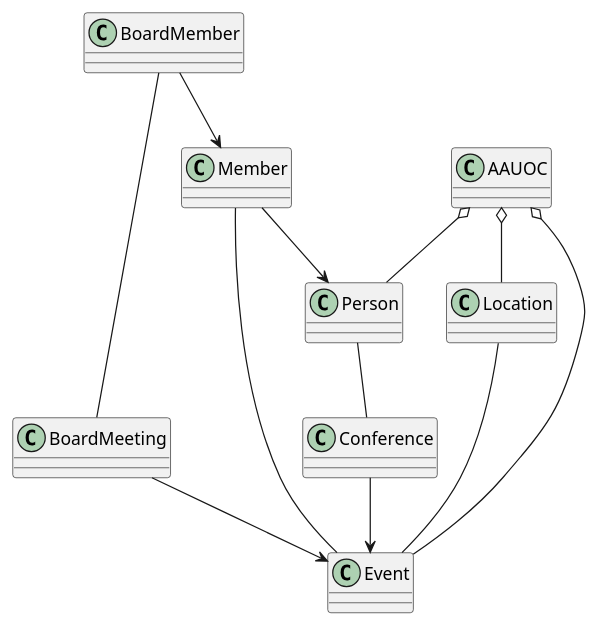
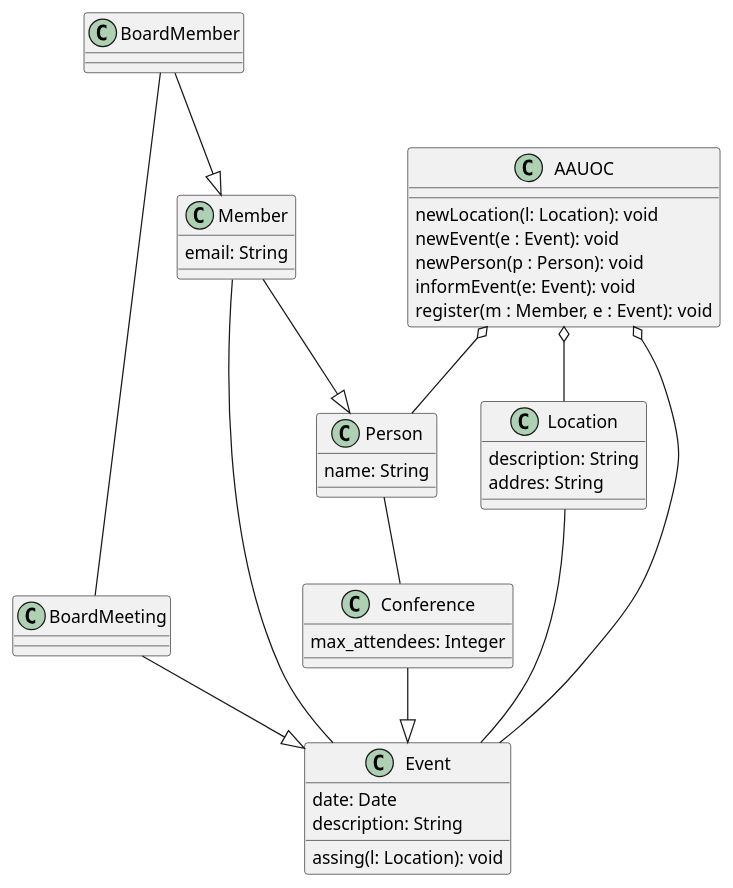
The diagram in src/UMLDiagram.puml (riekk/UMLClassChristianTM), drawn with PlantUML before and after one commit.

Commit message:
Correct Extends form and Fields and methods added to diagram

```diff
--- a/src/UMLDiagram.puml
+++ b/src/UMLDiagram.puml
@@ -1,41 +1,54 @@
 @startuml
 
 class Person {
+{field}name: String
 }
 
 class Member {
+{field}email: String
 }
 
 class BoardMember {
 }
 
 class Event {
+{field}date: Date
+{field}description: String
+{method}assing(l: Location): void
 }
 
 class Conference {
+{field}max_attendees: Integer
 }
 
 class BoardMeeting {
 }
 
 class Location {
+{field}description: String
+{field}addres: String
 }
 
 class AAUOC {
+{method}newLocation(l: Location): void
+{method}newEvent(e : Event): void
+{method}newPerson(p : Person): void
+{method}informEvent(e: Event): void
+{method}register(m : Member, e : Event): void
 }
 
- Member --> Person
- BoardMember --> Member
+ Member --|> Person
+ BoardMember --|> Member
 
- Conference --> Event
- BoardMeeting --> Event
+ Conference --|> Event
+ BoardMeeting --|> Event
 
  AAUOC o-- Location
  AAUOC o-- Event
  Location -- Event
  AAUOC o-- Person
  Member -- Event
  Person -- Conference
  BoardMember -- BoardMeeting
 
 @enduml
```
